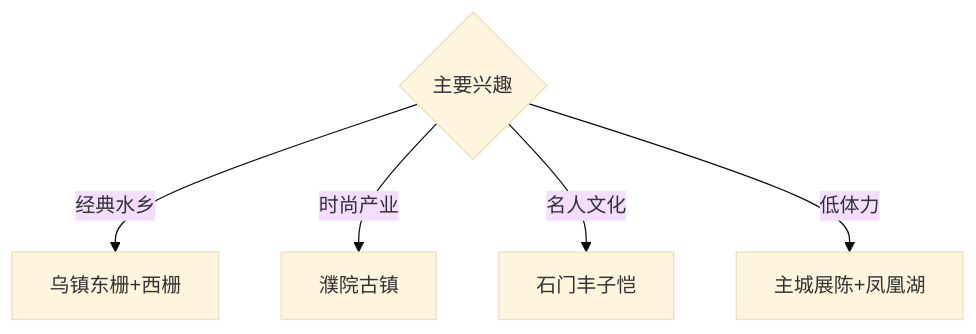
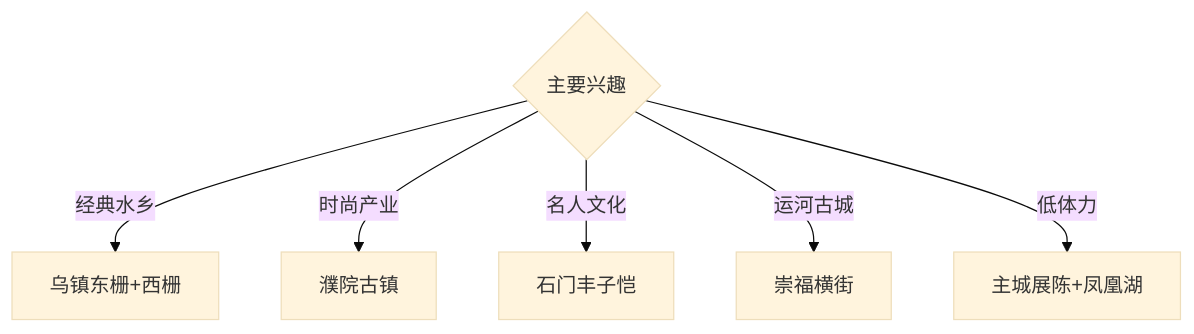
One commit to cyrilggg/travel-database changed the second of 2 diagrams in destinations/中国/浙江省/桐乡市.md. Above: the diagram before and after it, drawn with Mermaid (base theme). The commit also changed other lines of this file and 8 other files, not shown here.

````diff
--- a/destinations/中国/浙江省/桐乡市.md
+++ b/destinations/中国/浙江省/桐乡市.md
@@ -61,7 +64,8 @@
 ```mermaid
 flowchart TD
  A{"主要兴趣"} -->|"经典水乡"| B["乌镇东栅+西栅"]
  A -->|"时尚产业"| C["濮院古镇"]
  A -->|"名人文化"| D["石门丰子恺"]
+ A -->|"运河古城"| F["崇福横街"]
  A -->|"低体力"| E["主城展陈+凤凰湖"]
 ```
````
